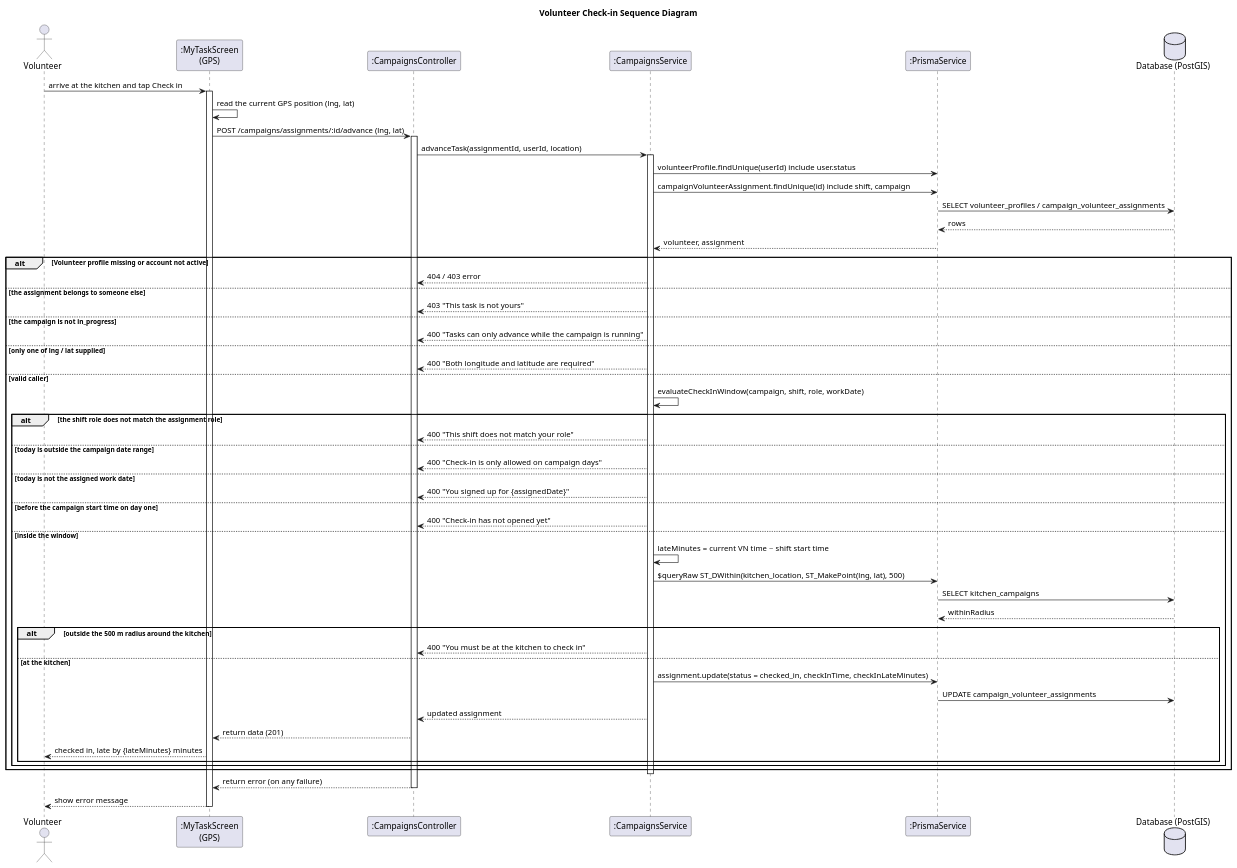
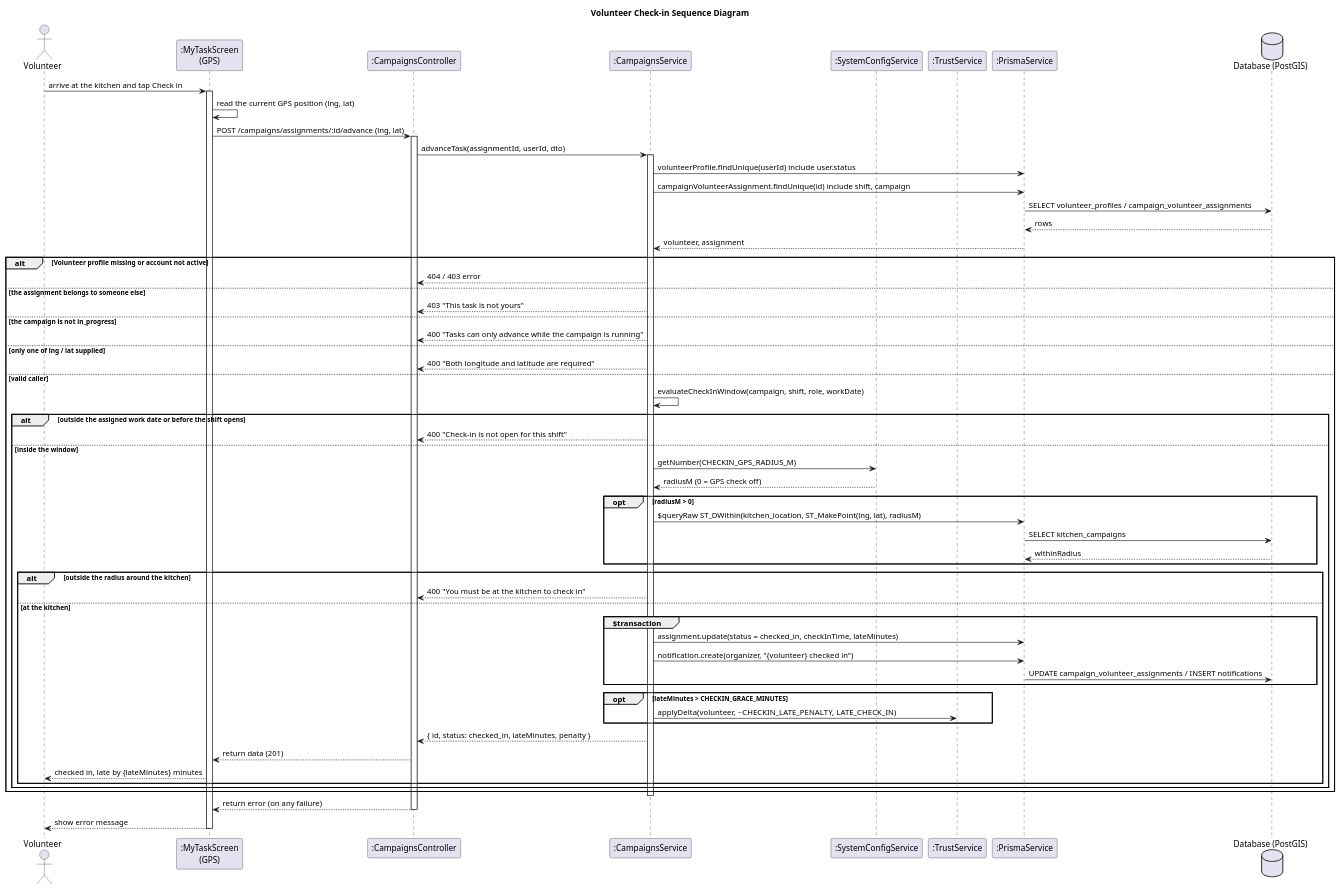
Before and after one commit to trimikey/Capstone_FoodResQ_Web: the seventh of 14 diagrams in docs/diagrams/seq-campaign.puml, drawn with PlantUML. The commit also changed other lines of this file and 23 other files, not shown here.

First line of the commit message:
docs(diagrams): cap nhat sequence + class diagram theo code hien tai, bo chu thich

```diff
--- a/docs/diagrams/seq-campaign.puml
+++ b/docs/diagrams/seq-campaign.puml
@@ -274,62 +414,67 @@
 @startuml seq-campaign-checkin
 title Volunteer Check-in Sequence Diagram
 
 actor "Volunteer" as User
 participant ":MyTaskScreen\n(GPS)" as Screen
 participant ":CampaignsController" as Ctrl
 participant ":CampaignsService" as Svc
+participant ":SystemConfigService" as Cfg
+participant ":TrustService" as Trust
 participant ":PrismaService" as Repo
 database "Database (PostGIS)" as DB
 
 User -> Screen : arrive at the kitchen and tap Check in
 activate Screen
 Screen -> Screen : read the current GPS position (lng, lat)
 Screen -> Ctrl : POST /campaigns/assignments/:id/advance (lng, lat)
 activate Ctrl
-Ctrl -> Svc : advanceTask(assignmentId, userId, location)
+Ctrl -> Svc : advanceTask(assignmentId, userId, dto)
 activate Svc
 Svc -> Repo : volunteerProfile.findUnique(userId) include user.status
 Svc -> Repo : campaignVolunteerAssignment.findUnique(id) include shift, campaign
 Repo -> DB : SELECT volunteer_profiles / campaign_volunteer_assignments
 DB --> Repo : rows
 Repo --> Svc : volunteer, assignment
 alt Volunteer profile missing or account not active
   Svc --> Ctrl : 404 / 403 error
 else the assignment belongs to someone else
   Svc --> Ctrl : 403 "This task is not yours"
 else the campaign is not in_progress
   Svc --> Ctrl : 400 "Tasks can only advance while the campaign is running"
 else only one of lng / lat supplied
   Svc --> Ctrl : 400 "Both longitude and latitude are required"
 else valid caller
   Svc -> Svc : evaluateCheckInWindow(campaign, shift, role, workDate)
-  alt the shift role does not match the assignment role
-    Svc --> Ctrl : 400 "This shift does not match your role"
-  else today is outside the campaign date range
-    Svc --> Ctrl : 400 "Check-in is only allowed on campaign days"
-  else today is not the assigned work date
-    Svc --> Ctrl : 400 "You signed up for {assignedDate}"
-  else before the campaign start time on day one
-    Svc --> Ctrl : 400 "Check-in has not opened yet"
+  alt outside the assigned work date or before the shift opens
+    Svc --> Ctrl : 400 "Check-in is not open for this shift"
   else inside the window
-    Svc -> Svc : lateMinutes = current VN time − shift start time
-    Svc -> Repo : $queryRaw ST_DWithin(kitchen_location, ST_MakePoint(lng, lat), 500)
-    Repo -> DB : SELECT kitchen_campaigns
-    DB --> Repo : withinRadius
-    alt outside the 500 m radius around the kitchen
+    Svc -> Cfg : getNumber(CHECKIN_GPS_RADIUS_M)
+    Cfg --> Svc : radiusM (0 = GPS check off)
+    opt radiusM > 0
+      Svc -> Repo : $queryRaw ST_DWithin(kitchen_location, ST_MakePoint(lng, lat), radiusM)
+      Repo -> DB : SELECT kitchen_campaigns
+      DB --> Repo : withinRadius
+    end
+    alt outside the radius around the kitchen
       Svc --> Ctrl : 400 "You must be at the kitchen to check in"
     else at the kitchen
-      Svc -> Repo : assignment.update(status = checked_in, checkInTime, checkInLateMinutes)
-      Repo -> DB : UPDATE campaign_volunteer_assignments
-      Svc --> Ctrl : updated assignment
+      group $transaction
+        Svc -> Repo : assignment.update(status = checked_in, checkInTime, lateMinutes)
+        Svc -> Repo : notification.create(organizer, "{volunteer} checked in")
+        Repo -> DB : UPDATE campaign_volunteer_assignments / INSERT notifications
+      end
+      opt lateMinutes > CHECKIN_GRACE_MINUTES
+        Svc -> Trust : applyDelta(volunteer, −CHECKIN_LATE_PENALTY, LATE_CHECK_IN)
+      end
+      Svc --> Ctrl : { id, status: checked_in, lateMinutes, penalty }
       Ctrl --> Screen : return data (201)
       Screen --> User : checked in, late by {lateMinutes} minutes
     end
   end
 end
 deactivate Svc
 Ctrl --> Screen : return error (on any failure)
 deactivate Ctrl
 Screen --> User : show error message
 deactivate Screen
 @enduml
```
